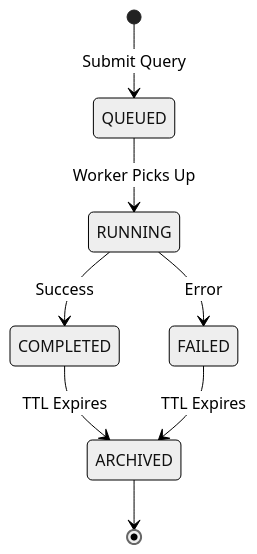
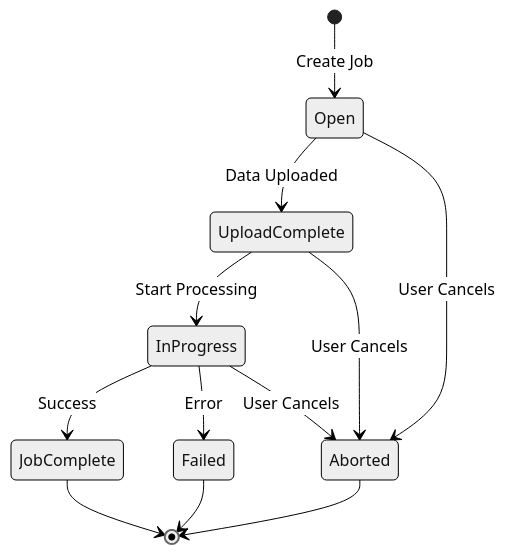
Before and after one commit to zhiweio/redshift-spectra: the third of 9 diagrams in docs/user-guide/async-jobs.md, drawn with Mermaid (neutral theme). The commit also changed other lines of this file and 15 other files, not shown here.

````diff
--- a/docs/user-guide/async-jobs.md
+++ b/docs/user-guide/async-jobs.md
@@ -35,10 +73,14 @@
 ```mermaid
 stateDiagram-v2
-    [*] --> QUEUED: Submit Query
-    QUEUED --> RUNNING: Worker Picks Up
-    RUNNING --> COMPLETED: Success
-    RUNNING --> FAILED: Error
-    COMPLETED --> ARCHIVED: TTL Expires
-    FAILED --> ARCHIVED: TTL Expires
-    ARCHIVED --> [*]
+    [*] --> Open: Create Job
+    Open --> UploadComplete: Data Uploaded
+    UploadComplete --> InProgress: Start Processing
+    InProgress --> JobComplete: Success
+    InProgress --> Failed: Error
+    Open --> Aborted: User Cancels
+    UploadComplete --> Aborted: User Cancels
+    InProgress --> Aborted: User Cancels
+    JobComplete --> [*]
+    Failed --> [*]
+    Aborted --> [*]
 ```
````
